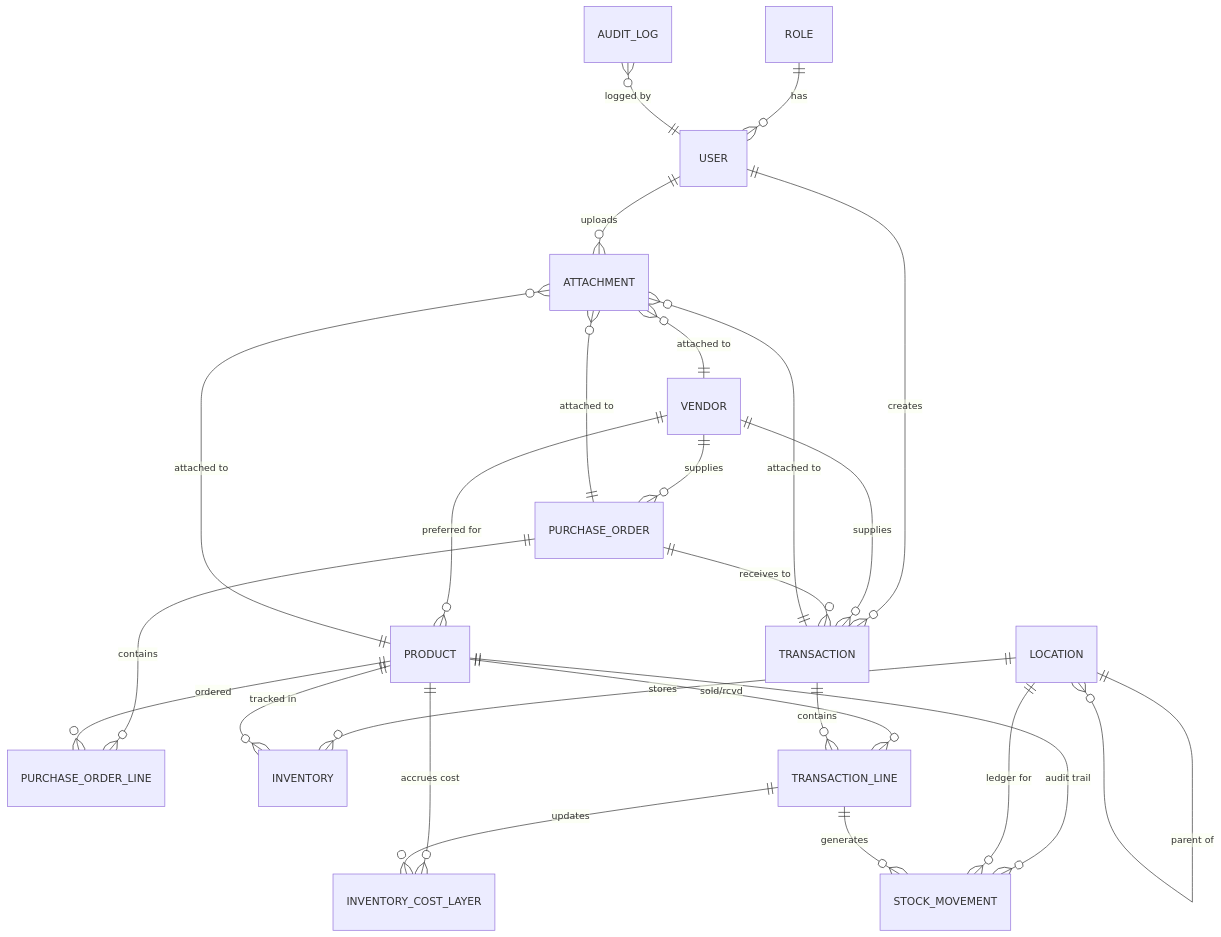
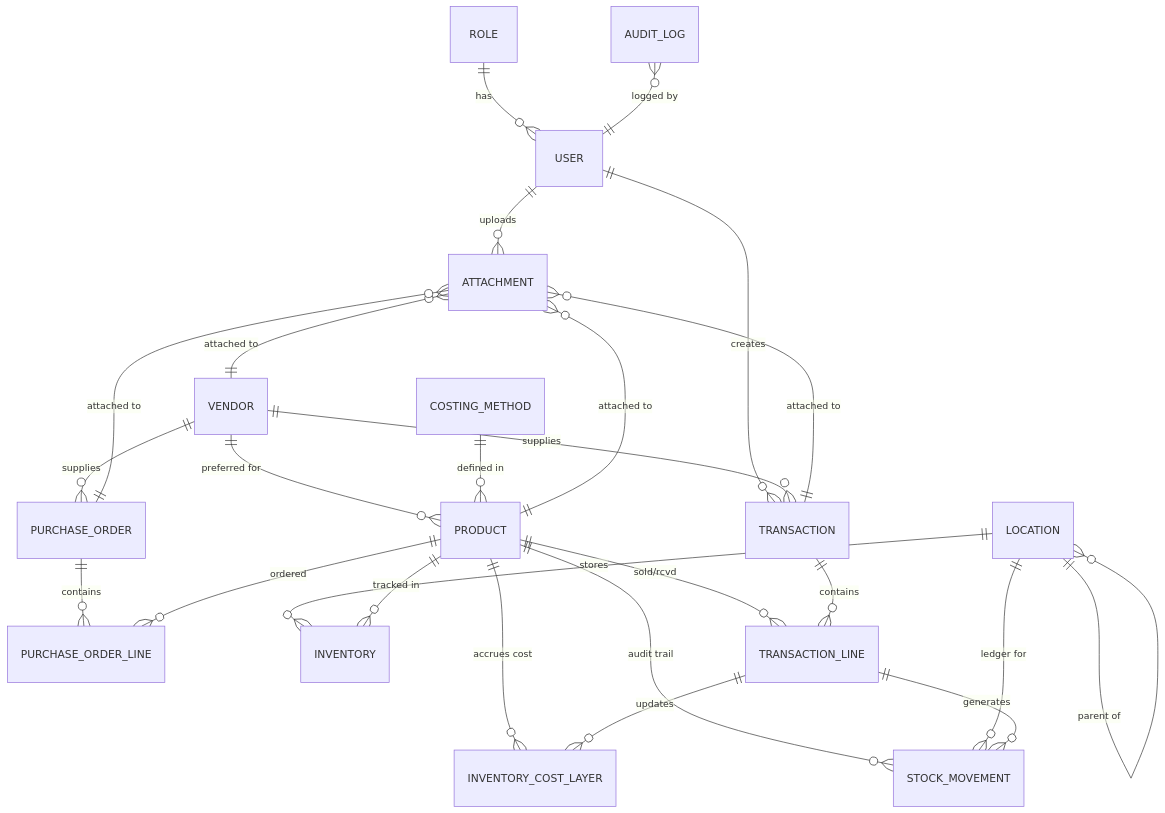
The diagram in DATABASE_DOCUMENTATION.md (andrei-L1/inventory-system), drawn with Mermaid before and after one commit. The commit also changed other lines of this file, not shown here.

````diff
--- a/DATABASE_DOCUMENTATION.md
+++ b/DATABASE_DOCUMENTATION.md
@@ -86,27 +91,27 @@
 ```mermaid
 erDiagram
     ROLE ||--o{ USER : "has"
     USER ||--o{ TRANSACTION : "creates"
     VENDOR ||--o{ PRODUCT : "preferred for"
     VENDOR ||--o{ TRANSACTION : "supplies"
     VENDOR ||--o{ PURCHASE_ORDER : "supplies"
     PURCHASE_ORDER ||--o{ PURCHASE_ORDER_LINE : "contains"
-    PURCHASE_ORDER ||--o{ TRANSACTION : "receives to"
     LOCATION ||--o{ LOCATION : "parent of"
     LOCATION ||--o{ INVENTORY : "stores"
     PRODUCT ||--o{ INVENTORY : "tracked in"
     PRODUCT ||--o{ TRANSACTION_LINE : "sold/rcvd"
     PRODUCT ||--o{ PURCHASE_ORDER_LINE : "ordered"
     PRODUCT ||--o{ INVENTORY_COST_LAYER : "accrues cost"
+    COSTING_METHOD ||--o{ PRODUCT : "defined in"
     TRANSACTION ||--o{ TRANSACTION_LINE : "contains"
     TRANSACTION_LINE ||--o{ INVENTORY_COST_LAYER : "updates"
     PRODUCT ||--o{ STOCK_MOVEMENT : "audit trail"
     LOCATION ||--o{ STOCK_MOVEMENT : "ledger for"
     TRANSACTION_LINE ||--o{ STOCK_MOVEMENT : "generates"
     AUDIT_LOG }o--|| USER : "logged by"
     USER ||--o{ ATTACHMENT : "uploads"
     ATTACHMENT }o--|| PRODUCT : "attached to"
     ATTACHMENT }o--|| VENDOR : "attached to"
     ATTACHMENT }o--|| TRANSACTION : "attached to"
     ATTACHMENT }o--|| PURCHASE_ORDER : "attached to"
 ```
````
